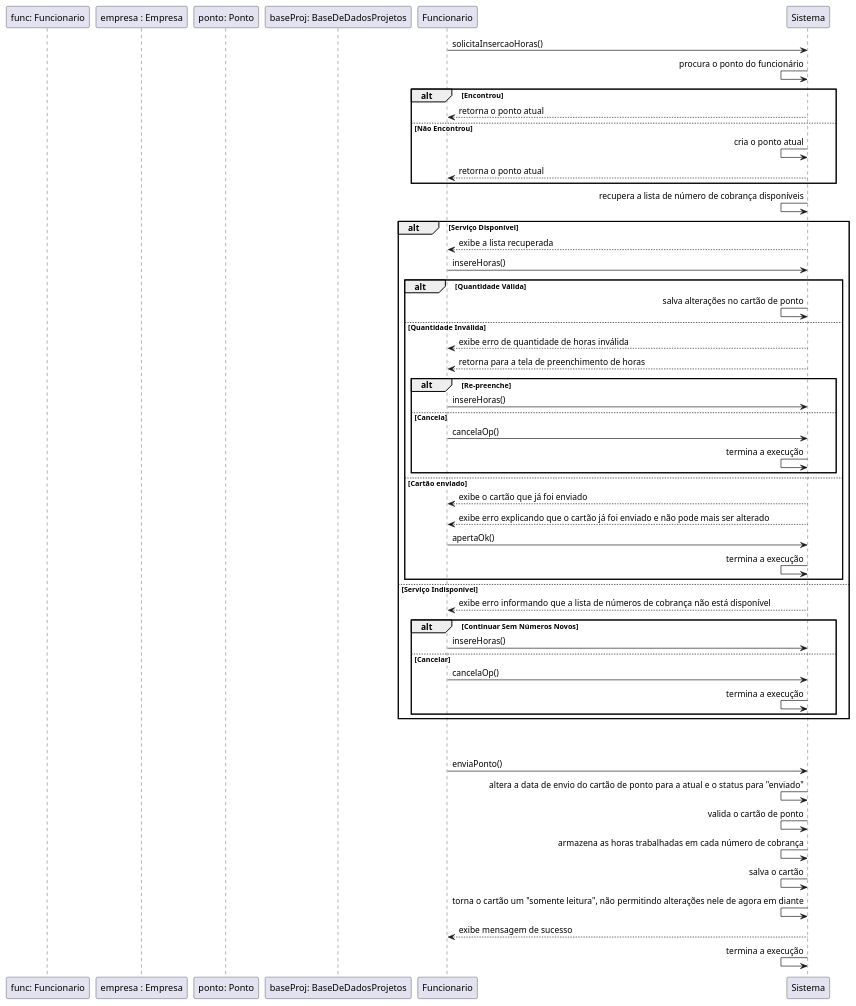
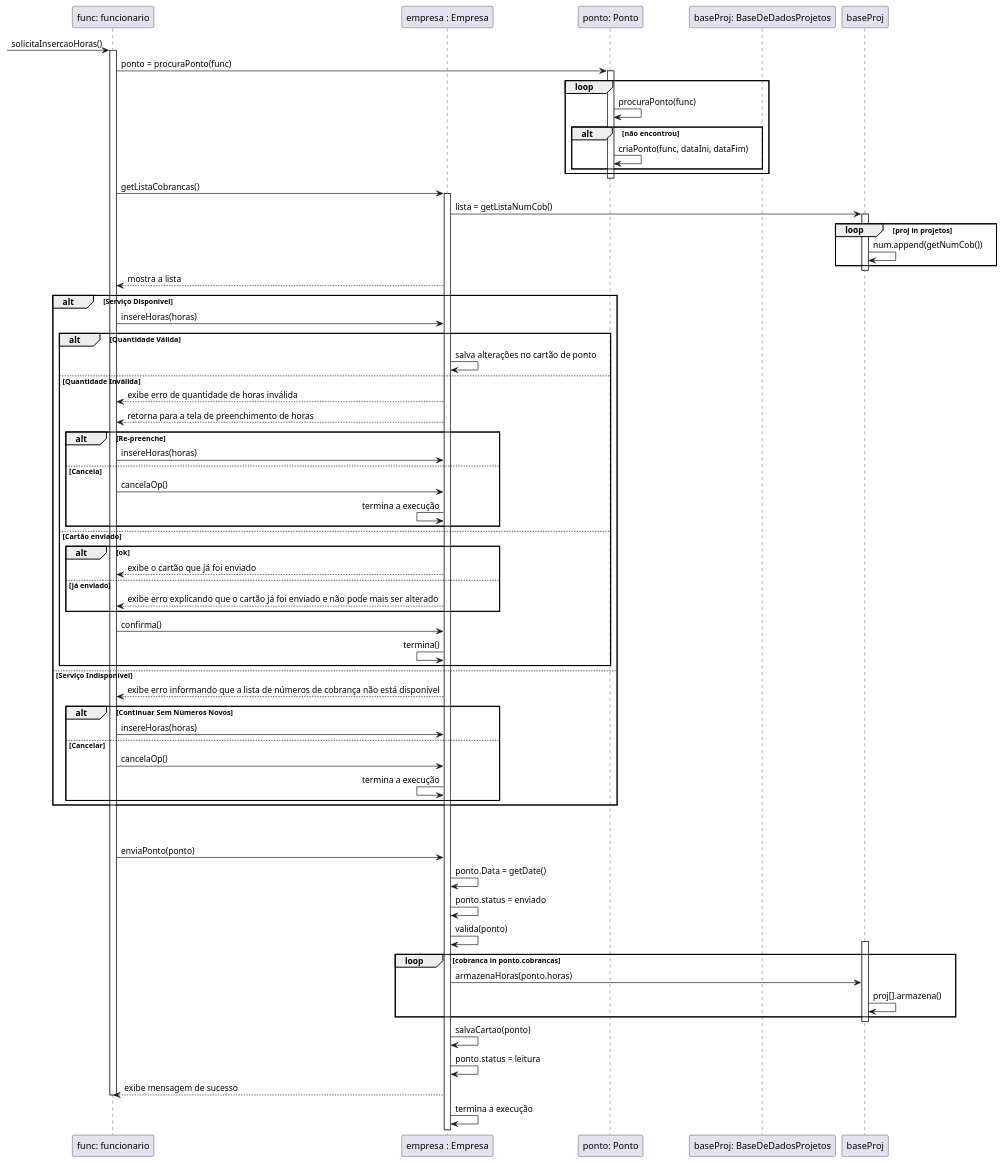
One commit to tikaradate/CI1163-Design_de_Software changed the diagram in casos_de_uso/caso-7/7-DS.plantuml. Above: the diagram before and after it, drawn with PlantUML.

Commit message:
Cria DS caso 7

```diff
--- a/casos_de_uso/caso-7/7-DS.plantuml
+++ b/casos_de_uso/caso-7/7-DS.plantuml
@@ -1,83 +1,103 @@
 @startuml
 
-Participant "func: Funcionario" as funcionario
+Participant "func: funcionario" as funcionario
 Participant "empresa : Empresa" as empresa
-' Participant "listaFun : ListaDeFuncionarios" as listaFuncionarios
+' Participant "listaFun : ListaDefuncionarios" as listafuncionarios
 ' Participant "venda: Venda" as venda
 ' Participant "pgto: Pagamento" as pagamento
 Participant "ponto: Ponto" as ponto
 Participant "baseProj: BaseDeDadosProjetos" as baseProjeto
 
-Funcionario -> Sistema : solicitaInsercaoHoras()
-Sistema <- Sistema : procura o ponto do funcionário
+-> funcionario: solicitaInsercaoHoras()
+activate funcionario
+funcionario -> ponto: ponto = procuraPonto(func)
+activate ponto
+loop
+    ponto -> ponto : procuraPonto(func)
+    alt não encontrou
+        ponto -> ponto: criaPonto(func, dataIni, dataFim)
+    end
+end
+deactivate ponto
 
-alt Encontrou
-    Funcionario <-- Sistema : retorna o ponto atual
-else Não Encontrou
-    Sistema <- Sistema : cria o ponto atual
-    Funcionario <-- Sistema : retorna o ponto atual
+funcionario -> empresa: getListaCobrancas()
+activate empresa
+empresa -> baseProj: lista = getListaNumCob()
+activate baseProj
+loop proj in projetos
+    baseProj -> baseProj: num.append(getNumCob())
 end
+deactivate baseProj
 
-Sistema <- Sistema : recupera a lista de número de cobrança disponíveis
-
+empresa --> funcionario: mostra a lista
 alt Serviço Disponível
 
-    Funcionario <-- Sistema : exibe a lista recuperada
-    Funcionario -> Sistema : insereHoras()
-
+    funcionario -> empresa : insereHoras(horas)
     alt Quantidade Válida
-
-        Sistema <- Sistema : salva alterações no cartão de ponto
+        'não sei como fazer muito bem
+        empresa -> empresa : salva alterações no cartão de ponto
 
     else Quantidade Inválida
 
-        Funcionario <-- Sistema : exibe erro de quantidade de horas inválida
-        Funcionario <-- Sistema : retorna para a tela de preenchimento de horas
+        funcionario <-- empresa : exibe erro de quantidade de horas inválida
+        funcionario <-- empresa : retorna para a tela de preenchimento de horas
 
         alt Re-preenche
 
-            Funcionario -> Sistema : insereHoras()
+            funcionario -> empresa : insereHoras(horas)
 
         else Cancela
 
-            Funcionario -> Sistema : cancelaOp()
-            Sistema <- Sistema : termina a execução
+            funcionario -> empresa : cancelaOp()
+            empresa <- empresa : termina a execução
 
         end
 
     else Cartão enviado
 
-        Funcionario <-- Sistema : exibe o cartão que já foi enviado
-        Funcionario <-- Sistema : exibe erro explicando que o cartão já foi enviado e não pode mais ser alterado
-        Funcionario -> Sistema : apertaOk()
-        Sistema <- Sistema : termina a execução
+    alt ok
+        funcionario <-- empresa : exibe o cartão que já foi enviado
+    else já enviado
+        funcionario <-- empresa : exibe erro explicando que o cartão já foi enviado e não pode mais ser alterado
+    end
+        funcionario -> empresa : confirma()
+
+        empresa <- empresa : termina()
 
     end
 
 else Serviço Indisponível
 
-    Funcionario <-- Sistema : exibe erro informando que a lista de números de cobrança não está disponível
+    funcionario <-- empresa : exibe erro informando que a lista de números de cobrança não está disponível
     
     alt Continuar Sem Números Novos
 
-        Funcionario -> Sistema : insereHoras()
+        funcionario -> empresa : insereHoras(horas)
 
     else Cancelar
 
-        Funcionario -> Sistema : cancelaOp()
-        Sistema <- Sistema : termina a execução
+        funcionario -> empresa : cancelaOp()
+        empresa <- empresa : termina a execução
 
     end
 end
 |||
 |||
-Funcionario -> Sistema : enviaPonto()
-Sistema <- Sistema : altera a data de envio do cartão de ponto para a atual e o status para "enviado"
-Sistema <- Sistema : valida o cartão de ponto
-Sistema <- Sistema : armazena as horas trabalhadas em cada número de cobrança
-Sistema <- Sistema : salva o cartão
-Sistema <- Sistema : torna o cartão um "somente leitura", não permitindo alterações nele de agora em diante
-Funcionario <-- Sistema : exibe mensagem de sucesso
-Sistema <- Sistema : termina a execução
+funcionario -> empresa : enviaPonto(ponto)
+empresa -> empresa : ponto.Data = getDate()
+empresa -> empresa : ponto.status = enviado
+empresa -> empresa : valida(ponto)
+activate baseProj
+loop cobranca in ponto.cobrancas
+    empresa -> baseProj : armazenaHoras(ponto.horas)
+    baseProj -> baseProj: proj[].armazena()
+end
+deactivate baseProj
+
+empresa -> empresa : salvaCartao(ponto)
+empresa -> empresa : ponto.status = leitura
+funcionario <-- empresa : exibe mensagem de sucesso
+deactivate funcionario
+empresa -> empresa : termina a execução
 
 @enduml
```
